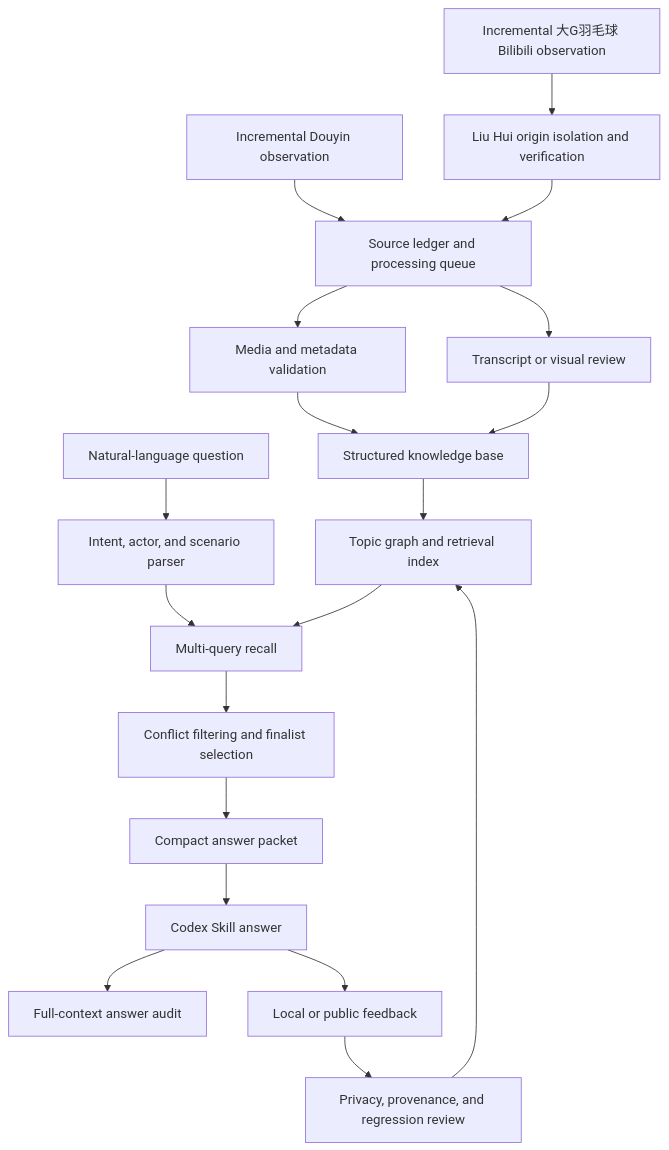
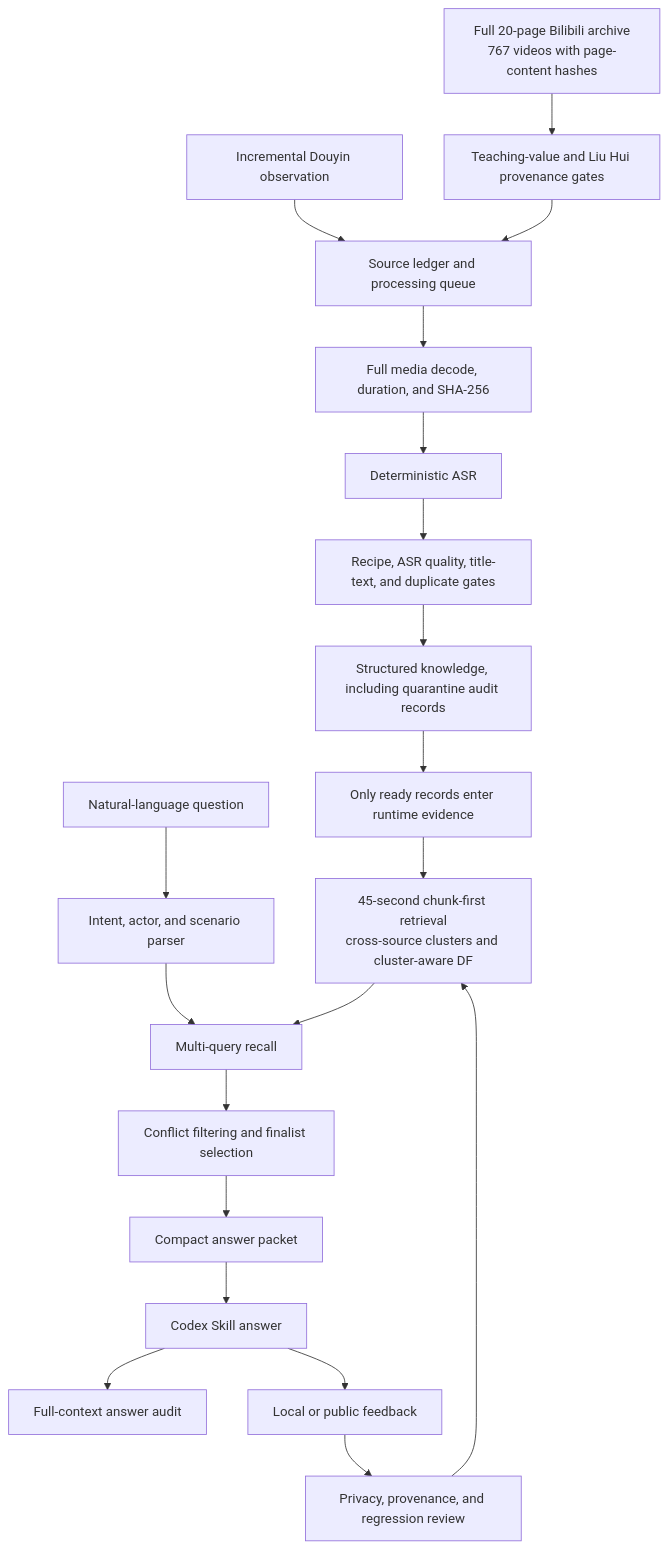
Before and after one commit to MuyuanGuo/badminton-skills-coach: the diagram in README.en.md, drawn with Mermaid. The commit also changed other lines of this file and 90 other files, not shown here.

Commit message:
feat: complete full Bilibili knowledge pipeline

````diff
--- a/README.en.md
+++ b/README.en.md
@@ -85,21 +85,22 @@
 ```mermaid
 flowchart TD
     A1["Incremental Douyin observation"] --> B["Source ledger and processing queue"]
-    A2["Incremental 大G羽毛球 Bilibili observation"] --> O["Liu Hui origin isolation and verification"]
+    A2["Full 20-page Bilibili archive<br/>767 videos with page-content hashes"] --> O["Teaching-value and Liu Hui provenance gates"]
     O --> B
-    B --> C["Media and metadata validation"]
-    B --> D["Transcript or visual review"]
-    C --> E["Structured knowledge base"]
-    D --> E
-    E --> F["Topic graph and retrieval index"]
+    B --> C["Full media decode, duration, and SHA-256"]
+    C --> D["Deterministic ASR"]
+    D --> P["Recipe, ASR quality, title-text, and duplicate gates"]
+    P --> E["Structured knowledge, including quarantine audit records"]
+    E --> R["Only ready records enter runtime evidence"]
+    R --> F["45-second chunk-first retrieval<br/>cross-source clusters and cluster-aware DF"]
     Q["Natural-language question"] --> G["Intent, actor, and scenario parser"]
     G --> H["Multi-query recall"]
     F --> H
     H --> I["Conflict filtering and finalist selection"]
     I --> J["Compact answer packet"]
     J --> K["Codex Skill answer"]
     K --> L["Full-context answer audit"]
     K --> M["Local or public feedback"]
     M --> N["Privacy, provenance, and regression review"]
     N --> F
 ```
````
